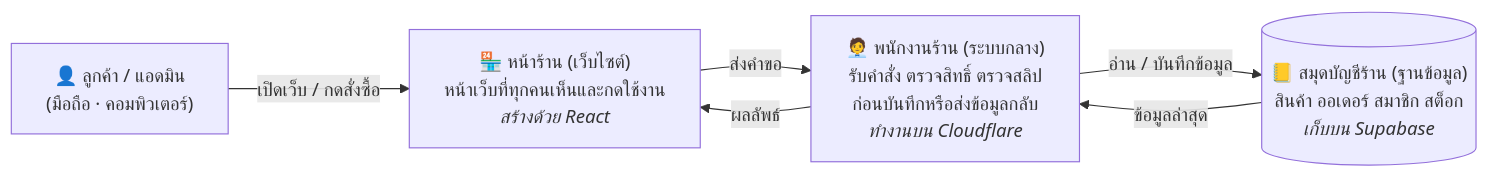
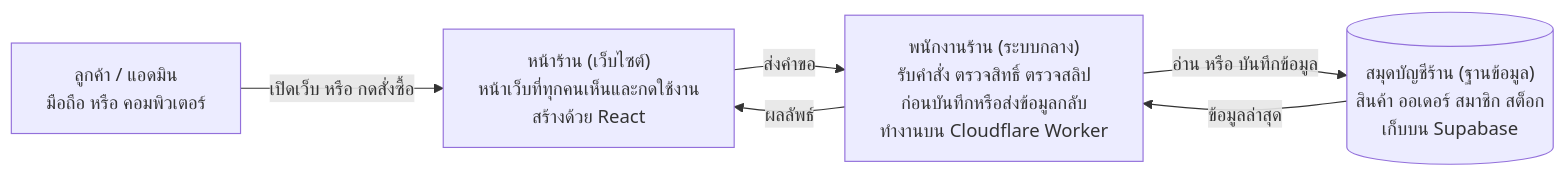
The first of 3 diagrams in README.md (Nol2way/bm-computer), drawn with Mermaid before and after one commit. The commit also changed other lines of this file and 33 other files, not shown here.

````diff
--- a/README.md
+++ b/README.md
@@ -68,13 +68,13 @@
 ```mermaid
 flowchart LR
-    U["👤 ลูกค้า / แอดมิน<br/>(มือถือ · คอมพิวเตอร์)"]
-    FE["🏪 หน้าร้าน (เว็บไซต์)<br/>หน้าเว็บที่ทุกคนเห็นและกดใช้งาน<br/><i>สร้างด้วย React</i>"]
-    API["🧑‍💼 พนักงานร้าน (ระบบกลาง)<br/>รับคำสั่ง ตรวจสิทธิ์ ตรวจสลิป<br/>ก่อนบันทึกหรือส่งข้อมูลกลับ<br/><i>ทำงานบน Cloudflare</i>"]
-    DB[("📒 สมุดบัญชีร้าน (ฐานข้อมูล)<br/>สินค้า ออเดอร์ สมาชิก สต็อก<br/><i>เก็บบน Supabase</i>")]
+    U["ลูกค้า / แอดมิน<br/>มือถือ หรือ คอมพิวเตอร์"]
+    FE["หน้าร้าน (เว็บไซต์)<br/>หน้าเว็บที่ทุกคนเห็นและกดใช้งาน<br/>สร้างด้วย React"]
+    API["พนักงานร้าน (ระบบกลาง)<br/>รับคำสั่ง ตรวจสิทธิ์ ตรวจสลิป<br/>ก่อนบันทึกหรือส่งข้อมูลกลับ<br/>ทำงานบน Cloudflare Worker"]
+    DB[("สมุดบัญชีร้าน (ฐานข้อมูล)<br/>สินค้า ออเดอร์ สมาชิก สต็อก<br/>เก็บบน Supabase")]
 
-    U -->|เปิดเว็บ / กดสั่งซื้อ| FE
-    FE -->|ส่งคำขอ| API
-    API -->|อ่าน / บันทึกข้อมูล| DB
-    DB -->|ข้อมูลล่าสุด| API
-    API -->|ผลลัพธ์| FE
+    U -->|"เปิดเว็บ หรือ กดสั่งซื้อ"| FE
+    FE -->|"ส่งคำขอ"| API
+    API -->|"อ่าน หรือ บันทึกข้อมูล"| DB
+    DB -->|"ข้อมูลล่าสุด"| API
+    API -->|"ผลลัพธ์"| FE
 ```
````
